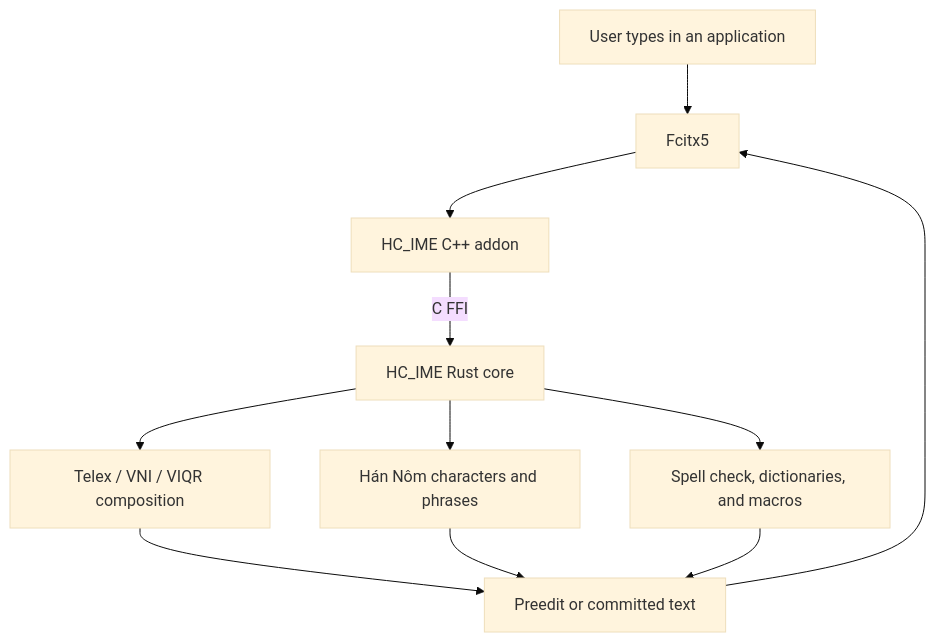
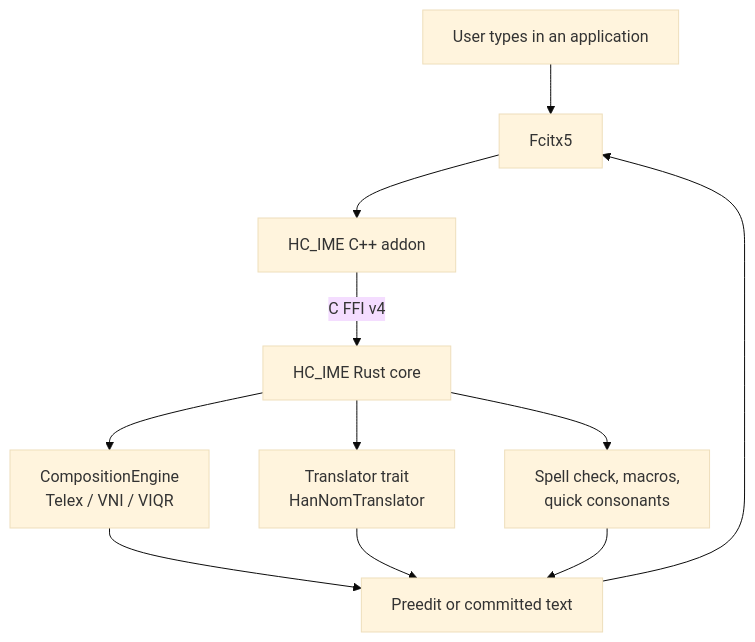
Before and after one commit to jakessteve/HC_IME: the diagram in README.md, drawn with Mermaid (base theme). The commit also changed other lines of this file, not shown here.

Commit message:
docs: update README to enhance feature descriptions and clarify architecture

````diff
--- a/README.md
+++ b/README.md
@@ -25,13 +44,13 @@
 ```mermaid
 graph TD
     U[User types in an application] --> F[Fcitx5]
     F --> A[HC_IME C++ addon]
-    A -->|C FFI| R[HC_IME Rust core]
-    R --> V[Telex / VNI / VIQR composition]
-    R --> H[Hán Nôm characters and phrases]
-    R --> D[Spell check, dictionaries, and macros]
-    V --> O[Preedit or committed text]
-    H --> O
-    D --> O
+    A -->|C FFI v4| R[HC_IME Rust core]
+    R --> C[CompositionEngine<br/>Telex / VNI / VIQR]
+    R --> T[Translator trait<br/>HanNomTranslator]
+    R --> S[Spell check, macros,<br/>quick consonants]
+    C --> O[Preedit or committed text]
+    T --> O
+    S --> O
     O --> F
 ```
````
